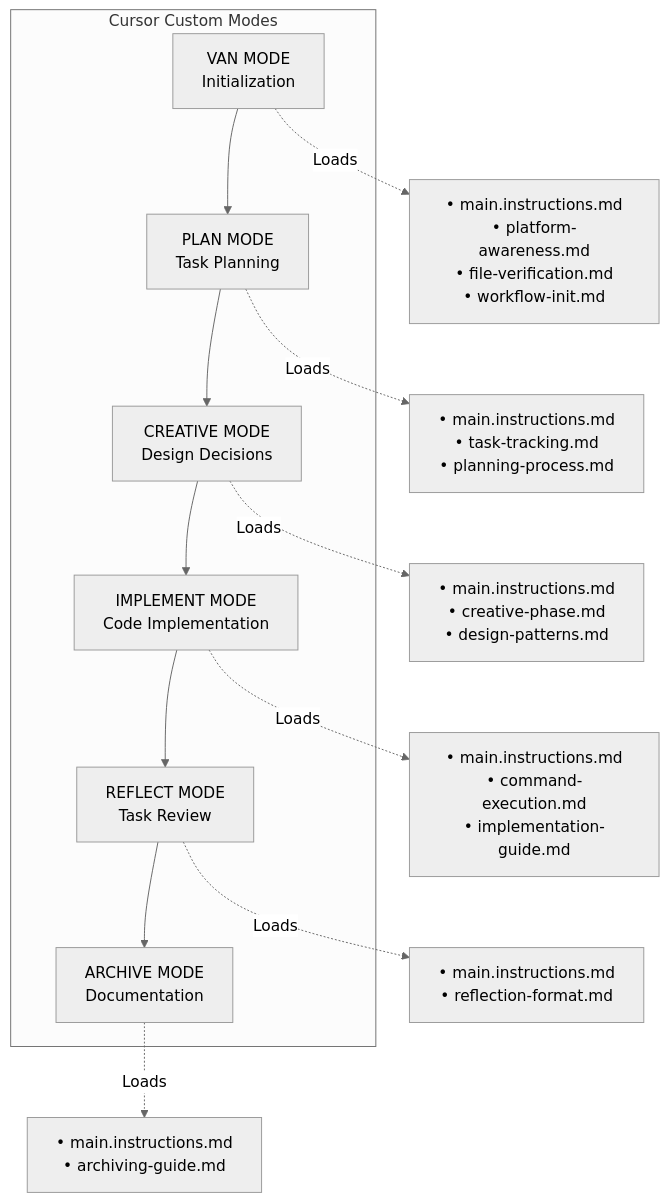
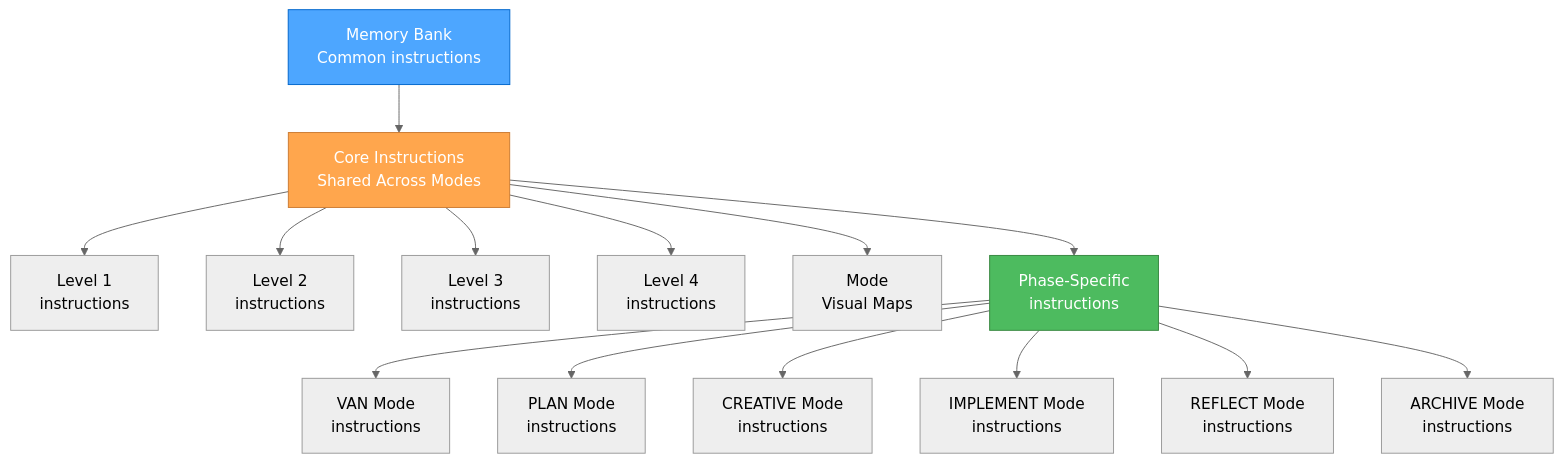
The third of 6 diagrams in .github/instructions/memory-bank/isolation_instructions/main.instructions.md (bradcstevens/github-copilot-agent-mode-starter-kit), drawn with Mermaid (neutral theme) before and after one commit. The commit also changed other lines of this file and 14 other files, not shown here.

Commit message:
added design mode rules

````diff
--- a/.github/instructions/memory-bank/isolation_instructions/main.instructions.md
+++ b/.github/instructions/memory-bank/isolation_instructions/main.instructions.md
@@ -14,17 +76,24 @@
 ```mermaid
 graph TD
-    subgraph Modes["Cursor Custom Modes"]
-        VAN["VAN MODE<br>Initialization"] --> PLAN["PLAN MODE<br>Task Planning"]
-        PLAN --> Creative["CREATIVE MODE<br>Design Decisions"]
-        Creative --> Implement["IMPLEMENT MODE<br>Code Implementation"]
-        Implement --> Reflect["REFLECT MODE<br>Task Review"]
-        Reflect --> Archive["ARCHIVE MODE<br>Documentation"]
-    end
+    Root["Memory Bank<br>Common instructions"] --> Core["Core Instructions<br>Shared Across Modes"]
     
-    VAN -.->|"Loads"| VANinstructions["• main.instructions.md<br>• platform-awareness.md<br>• file-verification.md<br>• workflow-init.md"]
-    PLAN -.->|"Loads"| PLANinstructions["• main.instructions.md<br>• task-tracking.md<br>• planning-process.md"]
-    Creative -.->|"Loads"| Creativeinstructions["• main.instructions.md<br>• creative-phase.md<br>• design-patterns.md"]
-    Implement -.->|"Loads"| Implementinstructions["• main.instructions.md<br>• command-execution.md<br>• implementation-guide.md"]
-    Reflect -.->|"Loads"| Reflectinstructions["• main.instructions.md<br>• reflection-format.md"]
-    Archive -.->|"Loads"| Archiveinstructions["• main.instructions.md<br>• archiving-guide.md"]
+    Core --> L1["Level 1<br>instructions"]
+    Core --> L2["Level 2<br>instructions"]
+    Core --> L3["Level 3<br>instructions"]
+    Core --> L4["Level 4<br>instructions"]
+    
+    Core --> VM["Mode<br>Visual Maps"]
+    
+    Core --> Phase["Phase-Specific<br>instructions"]
+    
+    Phase --> VAN_instructions["VAN Mode<br>instructions"]
+    Phase --> PLAN_instructions["PLAN Mode<br>instructions"]
+    Phase --> CREATIVE_instructions["CREATIVE Mode<br>instructions"]
+    Phase --> IMPLEMENT_instructions["IMPLEMENT Mode<br>instructions"]
+    Phase --> REFLECT_instructions["REFLECT Mode<br>instructions"]
+    Phase --> ARCHIVE_instructions["ARCHIVE Mode<br>instructions"]
+    
+    style Root fill:#4da6ff,stroke:#0066cc,color:white
+    style Core fill:#ffa64d,stroke:#cc7a30,color:white
+    style Phase fill:#4dbb5f,stroke:#36873f,color:white
 ```
````
